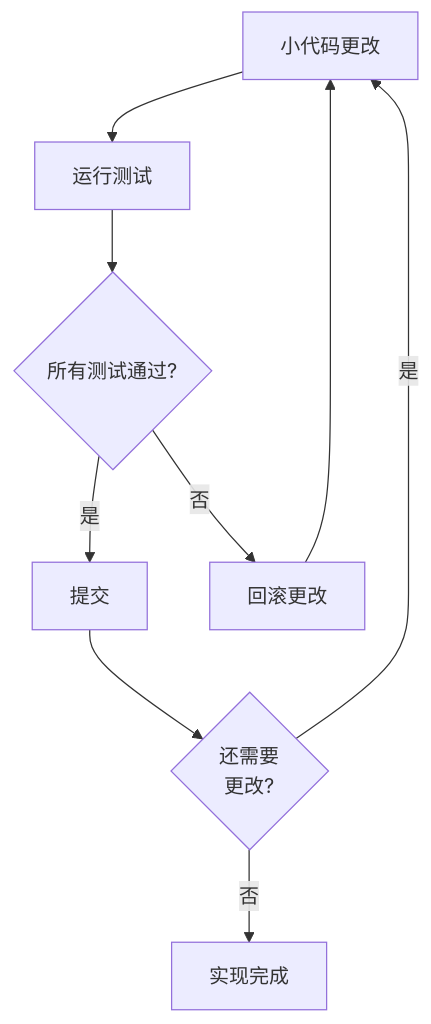
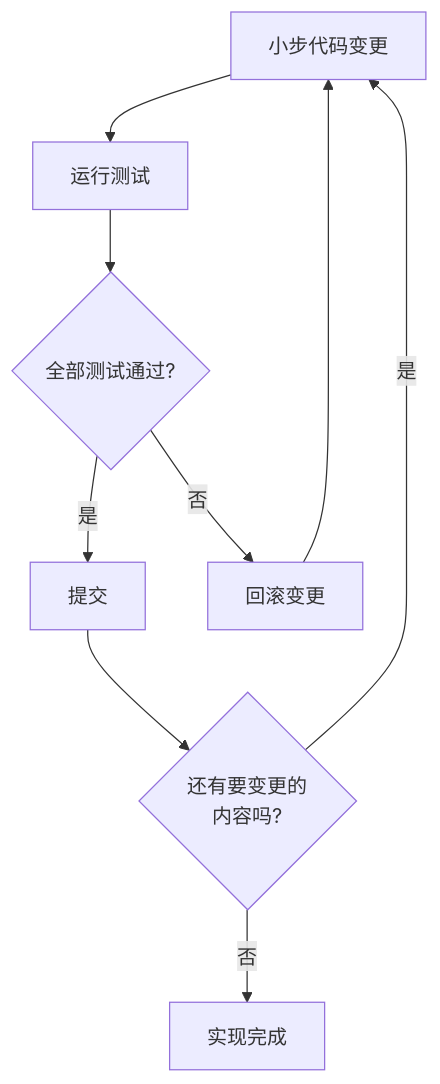
Before and after one commit to modu-ai/moai-adk: the first of 2 diagrams in docs-site/content/zh/workflow-commands/moai-run.md, drawn with Mermaid. The commit also changed other lines of this file and 395 other files, not shown here.

````diff
--- a/docs-site/content/zh/workflow-commands/moai-run.md
+++ b/docs-site/content/zh/workflow-commands/moai-run.md
@@ -98,11 +101,11 @@
 ```mermaid
 flowchart TD
-    A["小代码更改"] --> B["运行测试"]
-    B --> C{"所有测试通过?"}
+    A["小步代码变更"] --> B["运行测试"]
+    B --> C{"全部测试通过?"}
     C -->|是| D["提交"]
-    D --> E{"还需要<br/>更改?"}
+    D --> E{"还有要变更的<br/>内容吗?"}
     E -->|是| A
     E -->|否| F["实现完成"]
-    C -->|否| G["回滚更改"]
+    C -->|否| G["回滚变更"]
     G --> A
 ```
````
